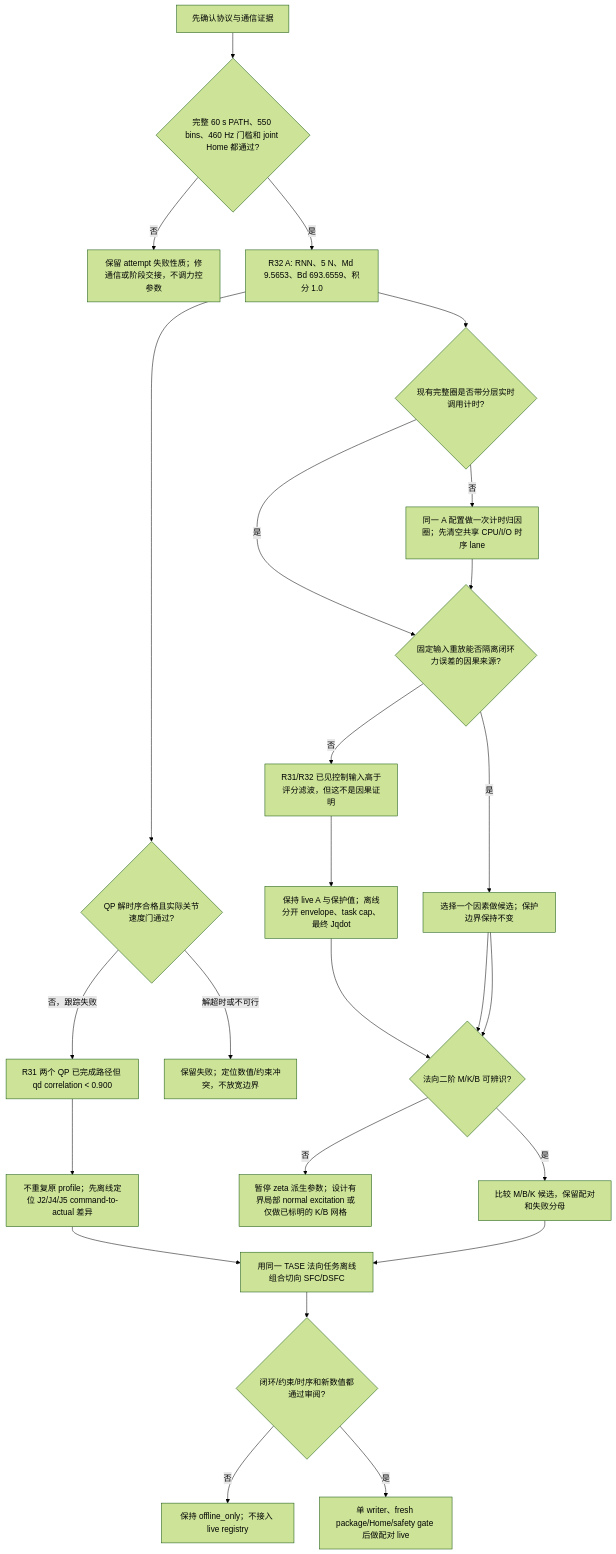
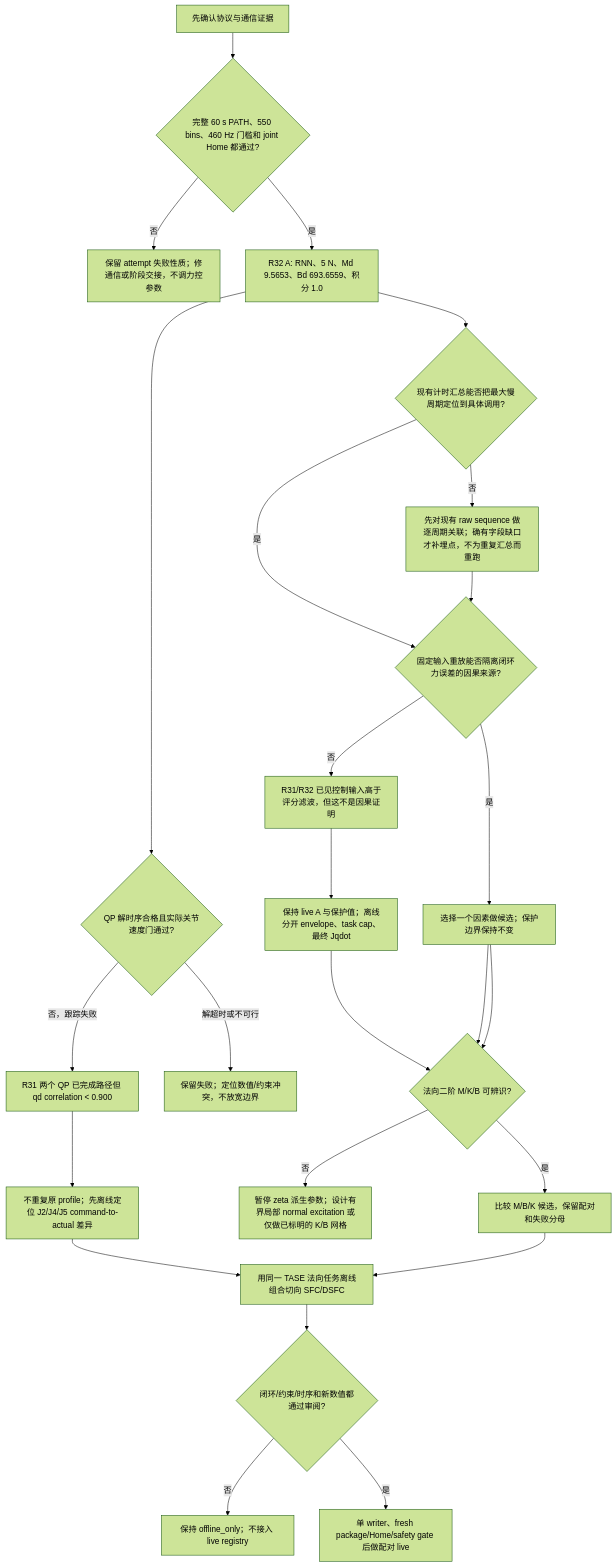
The diagram in experiments/tase-contact-reproduction/reports/tase_control_research_decision_tree_20260926.md (Mingdao007/UR10e-ubuntu2204), drawn with Mermaid (forest theme) before and after one commit. The commit also changed other lines of this file and 7 other files, not shown here.

````diff
--- a/experiments/tase-contact-reproduction/reports/tase_control_research_decision_tree_20260926.md
+++ b/experiments/tase-contact-reproduction/reports/tase_control_research_decision_tree_20260926.md
@@ -5,27 +5,27 @@
 ```mermaid
 flowchart TD
     A[先确认协议与通信证据] --> B{完整 60 s PATH、550 bins、460 Hz 门槛和 joint Home 都通过?}
     B -- 否 --> C[保留 attempt 失败性质；修通信或阶段交接，不调力控参数]
     B -- 是 --> D[R32 A: RNN、5 N、Md 9.5653、Bd 693.6559、积分 1.0]
-    D --> T{现有完整圈是否带分层实时调用计时?}
-    T -- 否 --> U[同一 A 配置做一次计时归因圈；先清空共享 CPU/I/O 时序 lane]
+    D --> T{现有计时汇总能否把最大慢周期定位到具体调用?}
+    T -- 否 --> U[先对现有 raw sequence 做逐周期关联；确有字段缺口才补埋点，不为重复汇总而重跑]
     T -- 是 --> E{固定输入重放能否隔离闭环力误差的因果来源?}
     U --> E
     E -- 否 --> F[R31/R32 已见控制输入高于评分滤波，但这不是因果证明]
     F --> G[保持 live A 与保护值；离线分开 envelope、task cap、最终 Jqdot]
     E -- 是 --> H[选择一个因素做候选；保护边界保持不变]
     G --> M{法向二阶 M/K/B 可辨识?}
     H --> M
     D --> I{QP 解时序合格且实际关节速度门通过?}
     I -- 解超时或不可行 --> J[保留失败；定位数值/约束冲突，不放宽边界]
     I -- 否，跟踪失败 --> K[R31 两个 QP 已完成路径但 qd correlation < 0.900]
     K --> L[不重复原 profile；先离线定位 J2/J4/J5 command-to-actual 差异]
     H --> M{法向二阶 M/K/B 可辨识?}
     M -- 否 --> N[暂停 zeta 派生参数；设计有界局部 normal excitation 或仅做已标明的 K/B 网格]
     M -- 是 --> O[比较 M/B/K 候选，保留配对和失败分母]
     L --> P[用同一 TASE 法向任务离线组合切向 SFC/DSFC]
     P --> Q{闭环/约束/时序和新数值都通过审阅?}
     Q -- 否 --> R[保持 offline_only；不接入 live registry]
     Q -- 是 --> S[单 writer、fresh package/Home/safety gate 后做配对 live]
     O --> P
 ```
````
